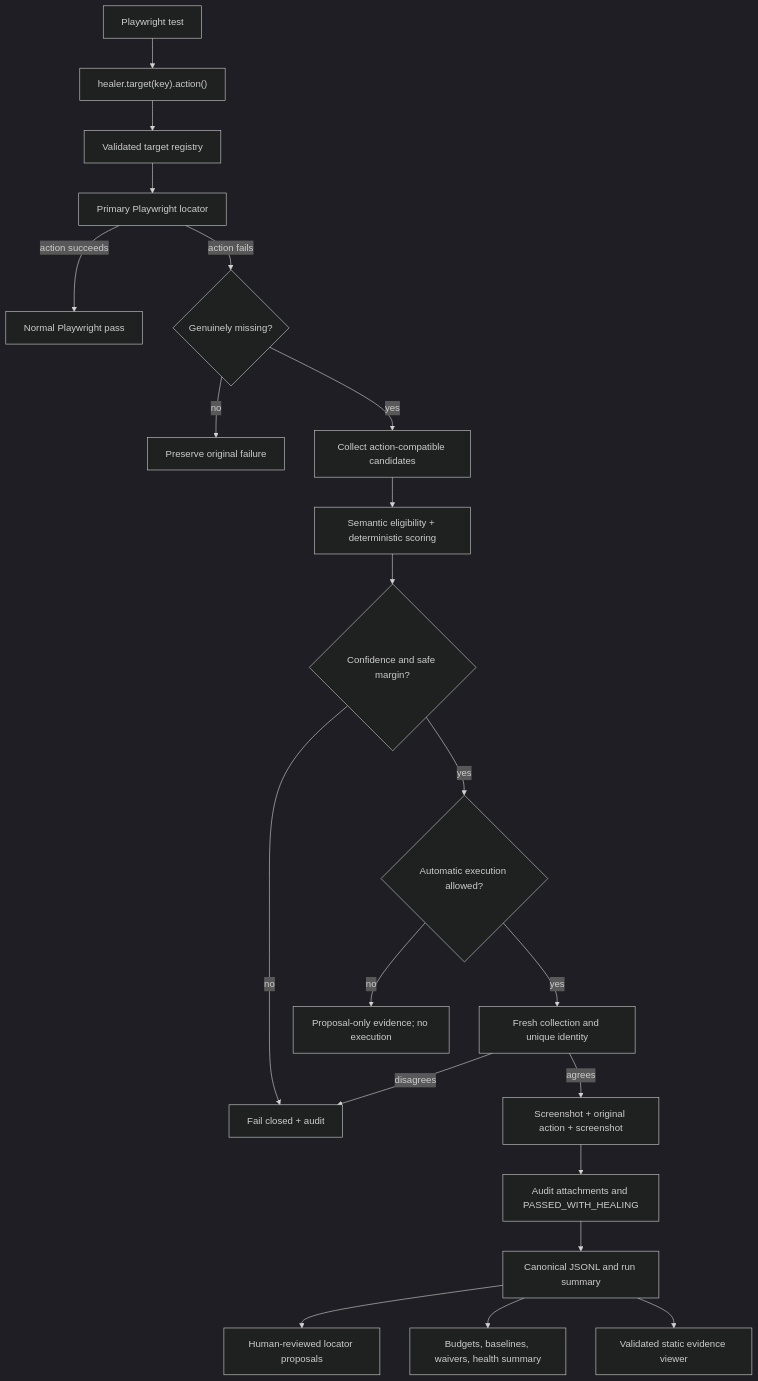
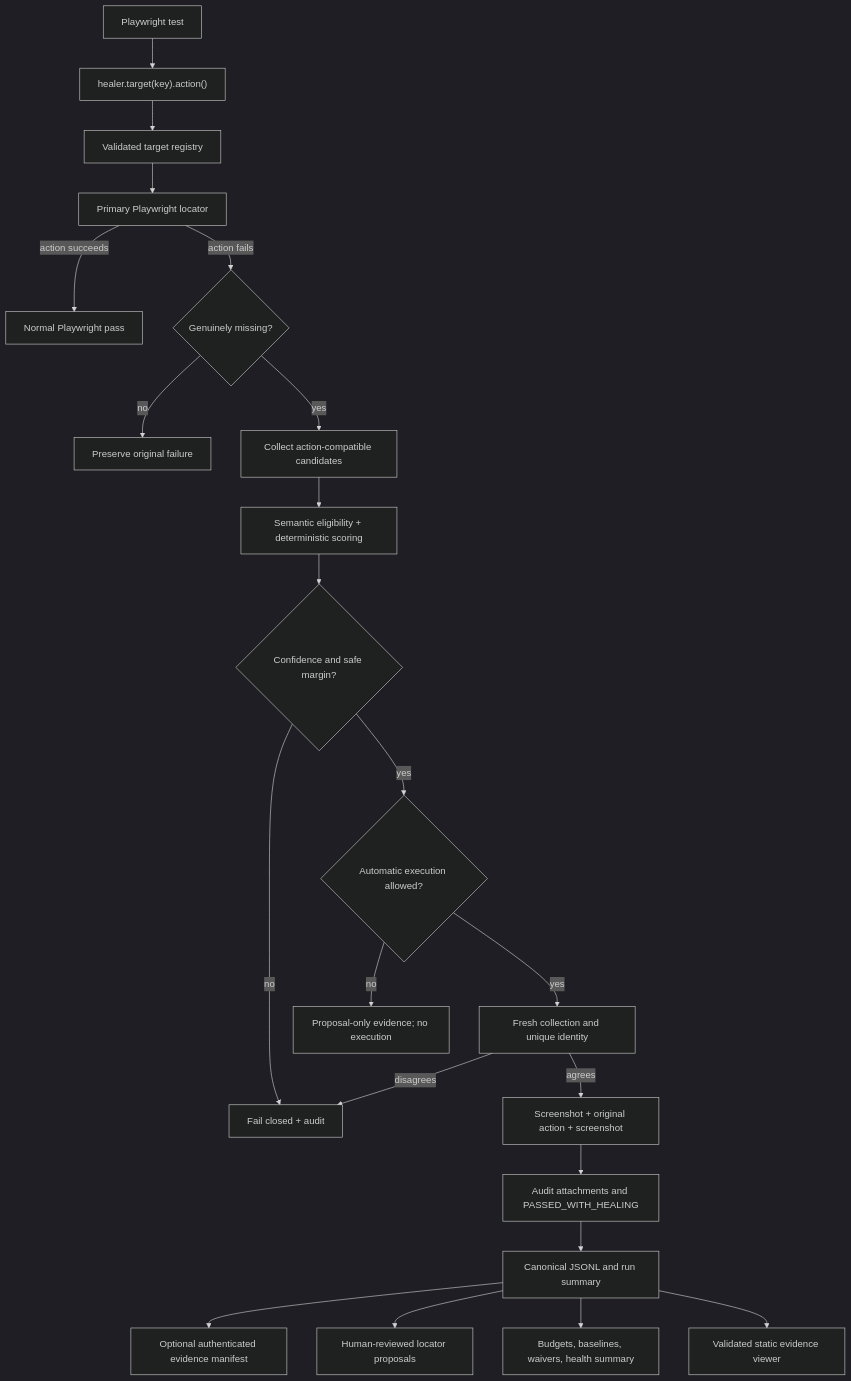
The diagram in docs/ARCHITECTURE.md (kamenAsenov/aegiloc), drawn with Mermaid (dark theme) before and after one commit. The commit also changed other lines of this file and 46 other files, not shown here.

````diff
--- a/docs/ARCHITECTURE.md
+++ b/docs/ARCHITECTURE.md
@@ -9,23 +9,24 @@
 ```mermaid
 flowchart TD
   Test["Playwright test"] --> Wrapper["healer.target(key).action()"]
   Wrapper --> Registry["Validated target registry"]
   Registry --> Primary["Primary Playwright locator"]
   Primary -->|"action succeeds"| Normal["Normal Playwright pass"]
   Primary -->|"action fails"| Classifier{"Genuinely missing?"}
   Classifier -->|"no"| Original["Preserve original failure"]
   Classifier -->|"yes"| Collector["Collect action-compatible candidates"]
   Collector --> Scoring["Semantic eligibility + deterministic scoring"]
   Scoring --> Gates{"Confidence and safe margin?"}
   Gates -->|"no"| Rejected["Fail closed + audit"]
   Gates -->|"yes"| Risk{"Automatic execution allowed?"}
   Risk -->|"no"| Protected["Proposal-only evidence; no execution"]
   Risk -->|"yes"| Revalidate["Fresh collection and unique identity"]
   Revalidate -->|"disagrees"| Rejected
   Revalidate -->|"agrees"| Action["Screenshot + original action + screenshot"]
   Action --> Audit["Audit attachments and PASSED_WITH_HEALING"]
   Audit --> Reporter["Canonical JSONL and run summary"]
+  Reporter --> Manifest["Optional authenticated evidence manifest"]
   Reporter --> Proposals["Human-reviewed locator proposals"]
   Reporter --> Governance["Budgets, baselines, waivers, health summary"]
   Reporter --> Viewer["Validated static evidence viewer"]
 ```
````
